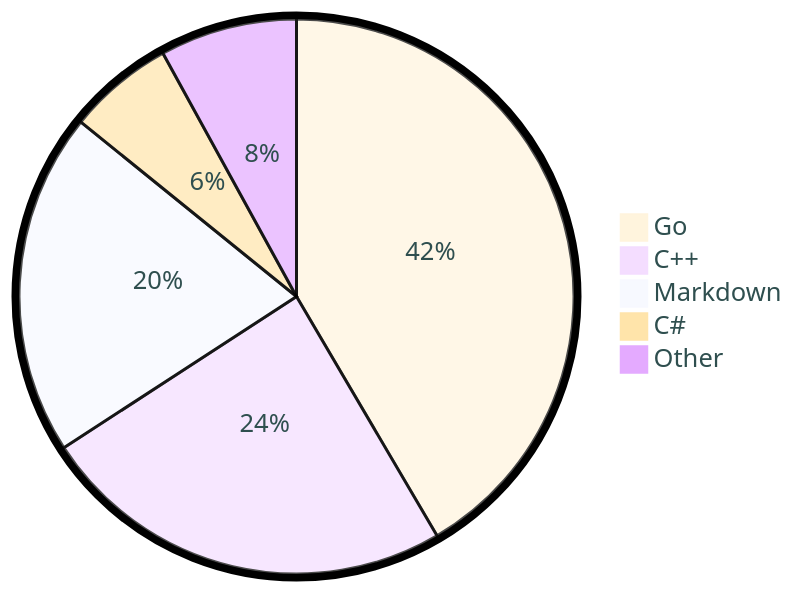
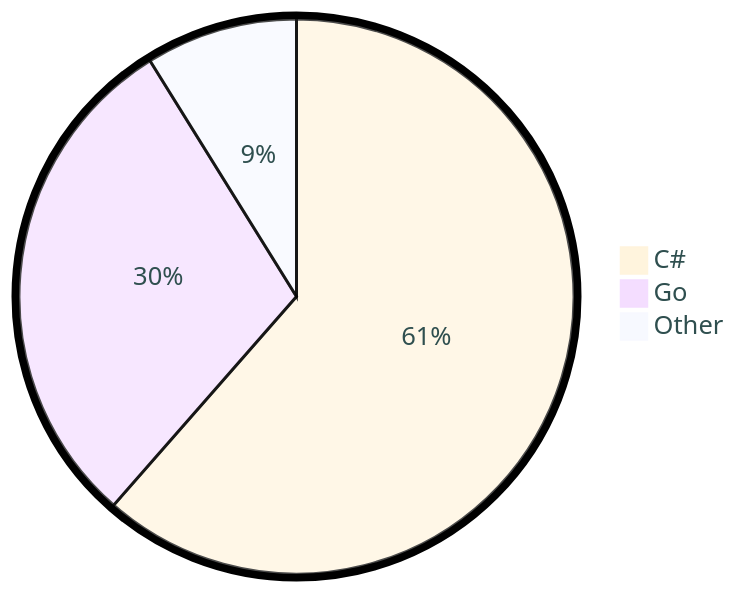
The diagram in README.md (tot0p/tot0p), drawn with Mermaid before and after one commit. The commit also changed other lines of this file, not shown here.

````diff
--- a/README.md
+++ b/README.md
@@ -80,9 +79,7 @@
 ```mermaid
 %%{init: {"pie": {"textPosition": 0.5}, "themeVariables": {"pieOuterStrokeWidth": "5px","primaryTextColor" : "#2F4F4F"},"theme":"base"} }%%
 pie
-	"Go": 41.54
-	"C++": 24.27
-	"Markdown": 20.0
-	"C#": 6.18
-	"Other": 7.989999999999999
+	"C#": 61.45
+	"Go": 29.7
+	"Other": 8.85
 ```
````
